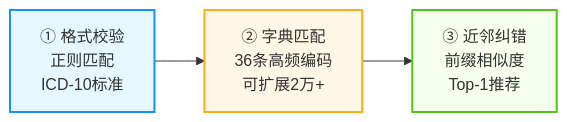
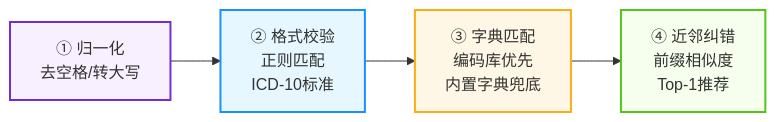
One commit to M9T040705/M9T-MedRecordAI changed the first of 6 diagrams in README.md. Above: the diagram before and after it, drawn with Mermaid. The commit also changed other lines of this file, not shown here.

````diff
--- a/README.md
+++ b/README.md
@@ -56,9 +56,11 @@
 ```mermaid
 flowchart LR
-    A["① 格式校验<br/>正则匹配<br/>ICD-10标准"] --> B["② 字典匹配<br/>36条高频编码<br/>可扩展2万+"]
-    B --> C["③ 近邻纠错<br/>前缀相似度<br/>Top-1推荐"]
+    A["① 归一化<br/>去空格/转大写"] --> B["② 格式校验<br/>正则匹配<br/>ICD-10标准"]
+    B --> C["③ 字典匹配<br/>编码库优先<br/>内置字典兜底"]
+    C --> D["④ 近邻纠错<br/>前缀相似度<br/>Top-1推荐"]
 
-    style A fill:#e6f7ff,stroke:#1890ff,stroke-width:2px
-    style B fill:#fff7e6,stroke:#faad14,stroke-width:2px
-    style C fill:#f6ffed,stroke:#52c41a,stroke-width:2px
+    style A fill:#f9f0ff,stroke:#722ed1,stroke-width:2px
+    style B fill:#e6f7ff,stroke:#1890ff,stroke-width:2px
+    style C fill:#fff7e6,stroke:#faad14,stroke-width:2px
+    style D fill:#f6ffed,stroke:#52c41a,stroke-width:2px
 ```
````
